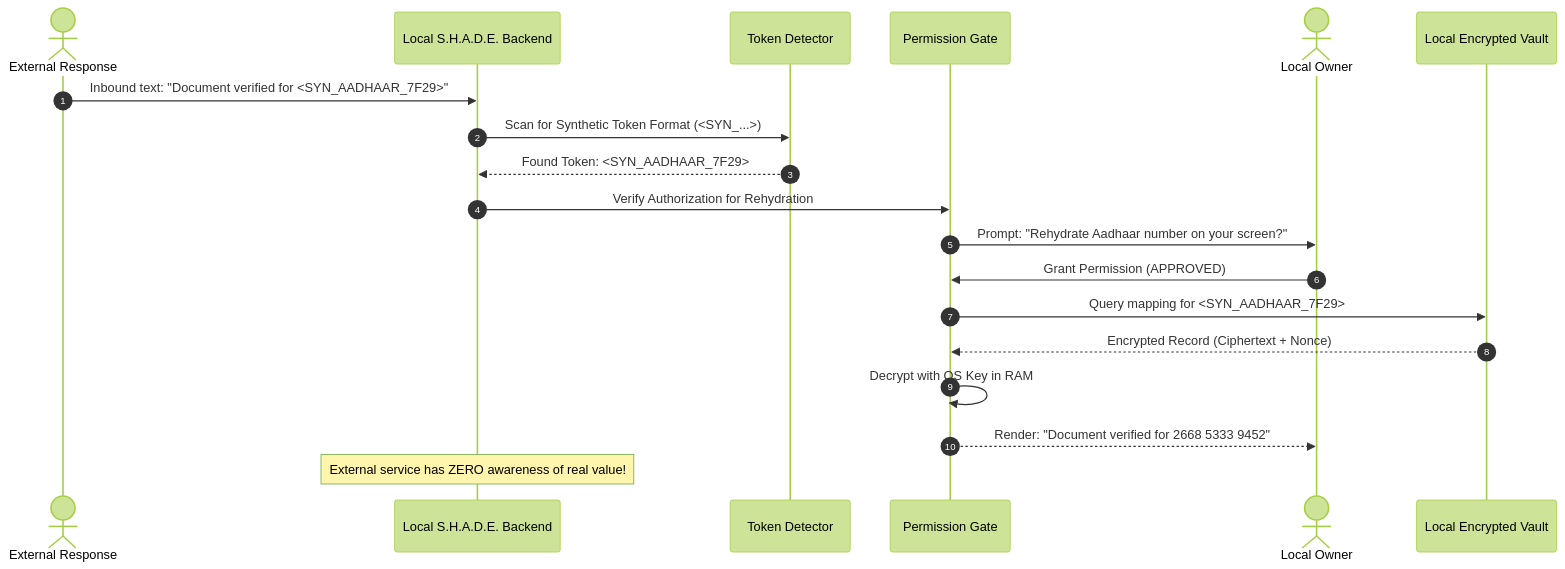
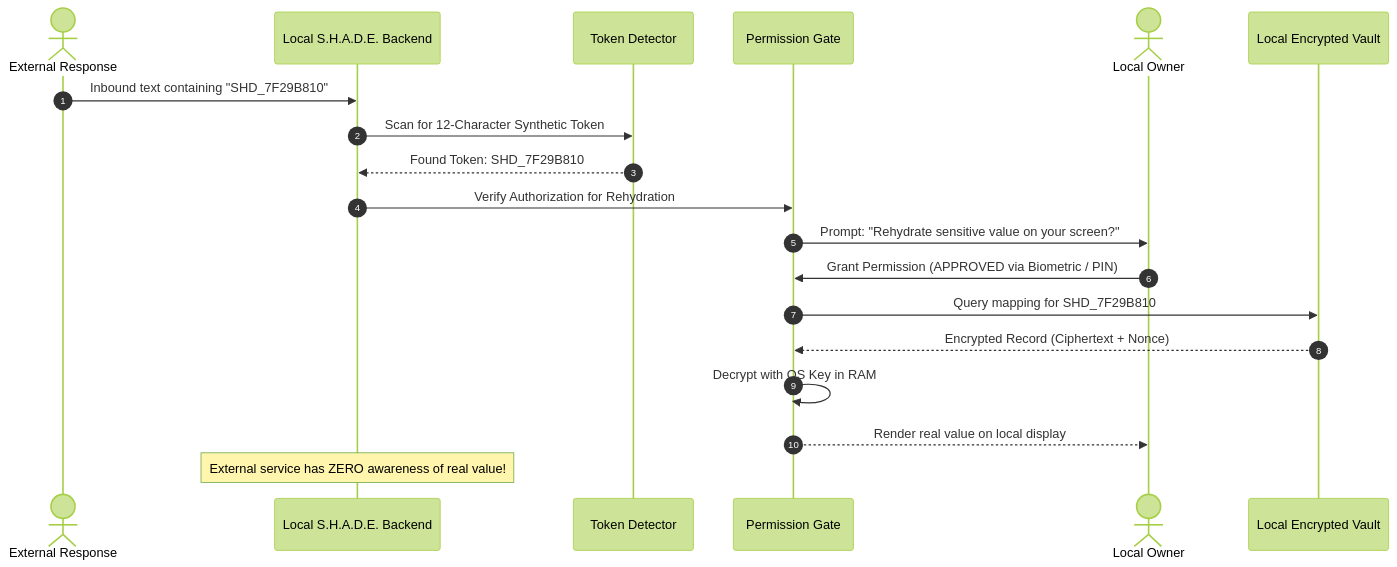
The fourth of 7 diagrams in docs/architecture/ARCHITECTURE.md (Shashank-1920/KPRIET-HackITon26), drawn with Mermaid (forest theme) before and after one commit. The commit also changed other lines of this file and 3 other files, not shown here.

First line of the commit message:
docs: add PRODUCT_REQUIREMENTS and align architecture with privacy-first model

````diff
--- a/docs/architecture/ARCHITECTURE.md
+++ b/docs/architecture/ARCHITECTURE.md
@@ -156,22 +175,22 @@
 ```mermaid
 sequenceDiagram
     autonumber
     actor External as External Response
     participant Backend as Local S.H.A.D.E. Backend
     participant Detector as Token Detector
     participant Gate as Permission Gate
     actor Owner as Local Owner
     participant Vault as Local Encrypted Vault
 
-    External->>Backend: Inbound text: "Document verified for <SYN_AADHAAR_7F29>"
-    Backend->>Detector: Scan for Synthetic Token Format (<SYN_...>)
-    Detector-->>Backend: Found Token: <SYN_AADHAAR_7F29>
+    External->>Backend: Inbound text containing "SHD_7F29B810"
+    Backend->>Detector: Scan for 12-Character Synthetic Token
+    Detector-->>Backend: Found Token: SHD_7F29B810
     Backend->>Gate: Verify Authorization for Rehydration
-    Gate->>Owner: Prompt: "Rehydrate Aadhaar number on your screen?"
-    Owner->>Gate: Grant Permission (APPROVED)
-    Gate->>Vault: Query mapping for <SYN_AADHAAR_7F29>
+    Gate->>Owner: Prompt: "Rehydrate sensitive value on your screen?"
+    Owner->>Gate: Grant Permission (APPROVED via Biometric / PIN)
+    Gate->>Vault: Query mapping for SHD_7F29B810
     Vault-->>Gate: Encrypted Record (Ciphertext + Nonce)
     Gate->>Gate: Decrypt with OS Key in RAM
-    Gate-->>Owner: Render: "Document verified for 2668 5333 9452"
+    Gate-->>Owner: Render real value on local display
     Note over Backend: External service has ZERO awareness of real value!
 ```
````
